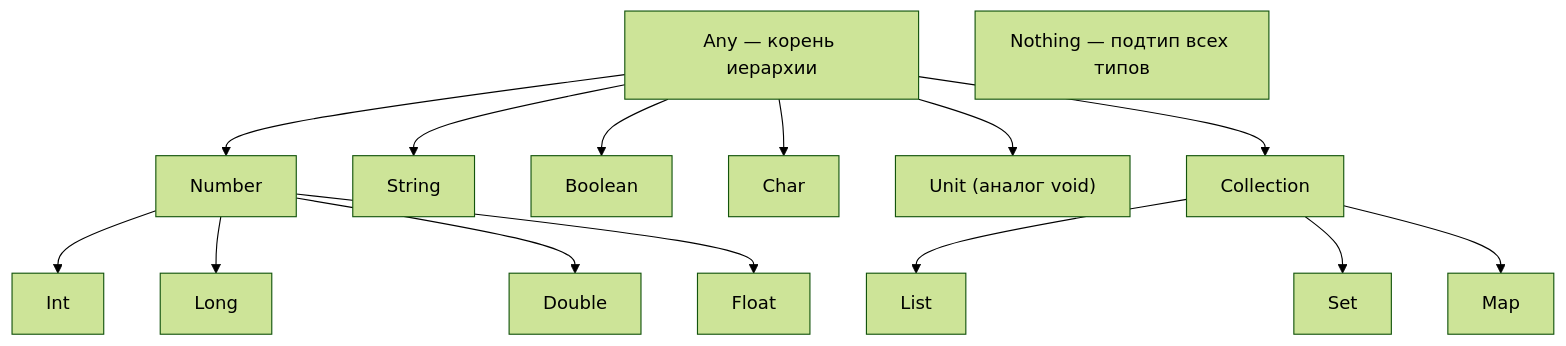
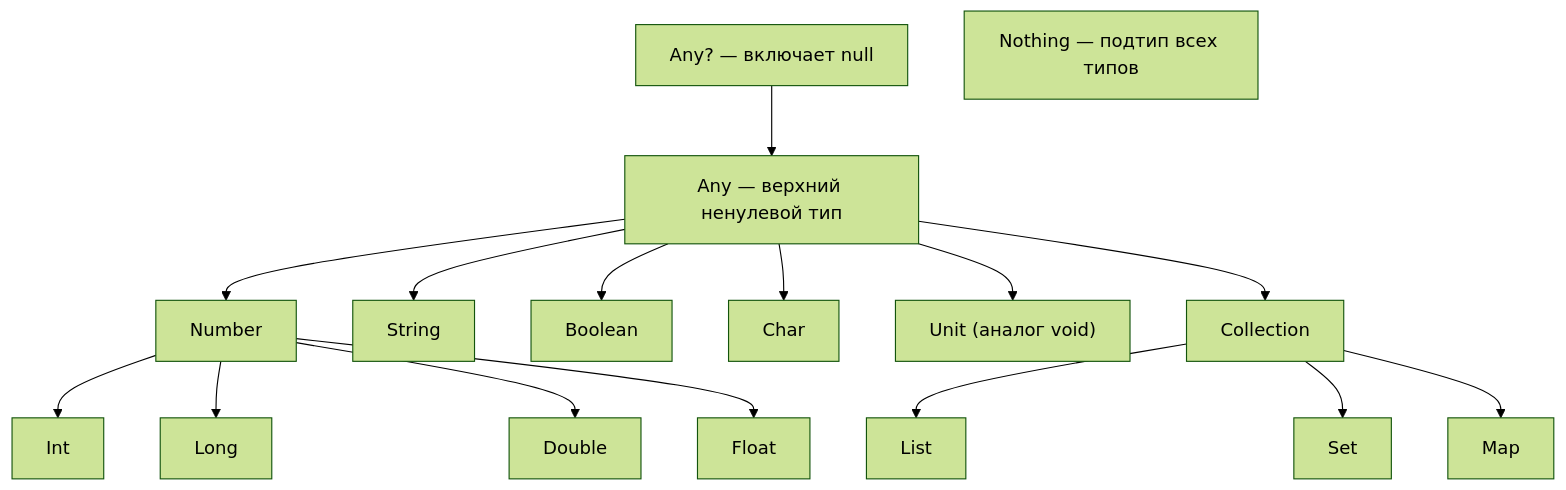
One commit to akeverus/cheat-sheet changed the first of 3 diagrams in cheatsheets/interview/programming-languages/kotlin/kotlin-interview.md. Above: the diagram before and after it, drawn with Mermaid (forest theme). The commit also changed other lines of this file and 154 other files, not shown here.

````diff
--- a/cheatsheets/interview/programming-languages/kotlin/kotlin-interview.md
+++ b/cheatsheets/interview/programming-languages/kotlin/kotlin-interview.md
@@ -162,18 +162,18 @@
 ```mermaid
 graph TD
-    Any["Any — корень иерархии"]
+    AnyNullable["Any? — включает null"] --> Any["Any — верхний ненулевой тип"]
     Any --> Number
     Any --> String
     Any --> Boolean
     Any --> Char
     Any --> Unit["Unit (аналог void)"]
     Number --> Int
     Number --> Long
     Number --> Double
     Number --> Float
     Any --> Collection
     Collection --> List
     Collection --> Set
     Collection --> Map
     Nothing["Nothing — подтип всех типов"]
 ```
````
